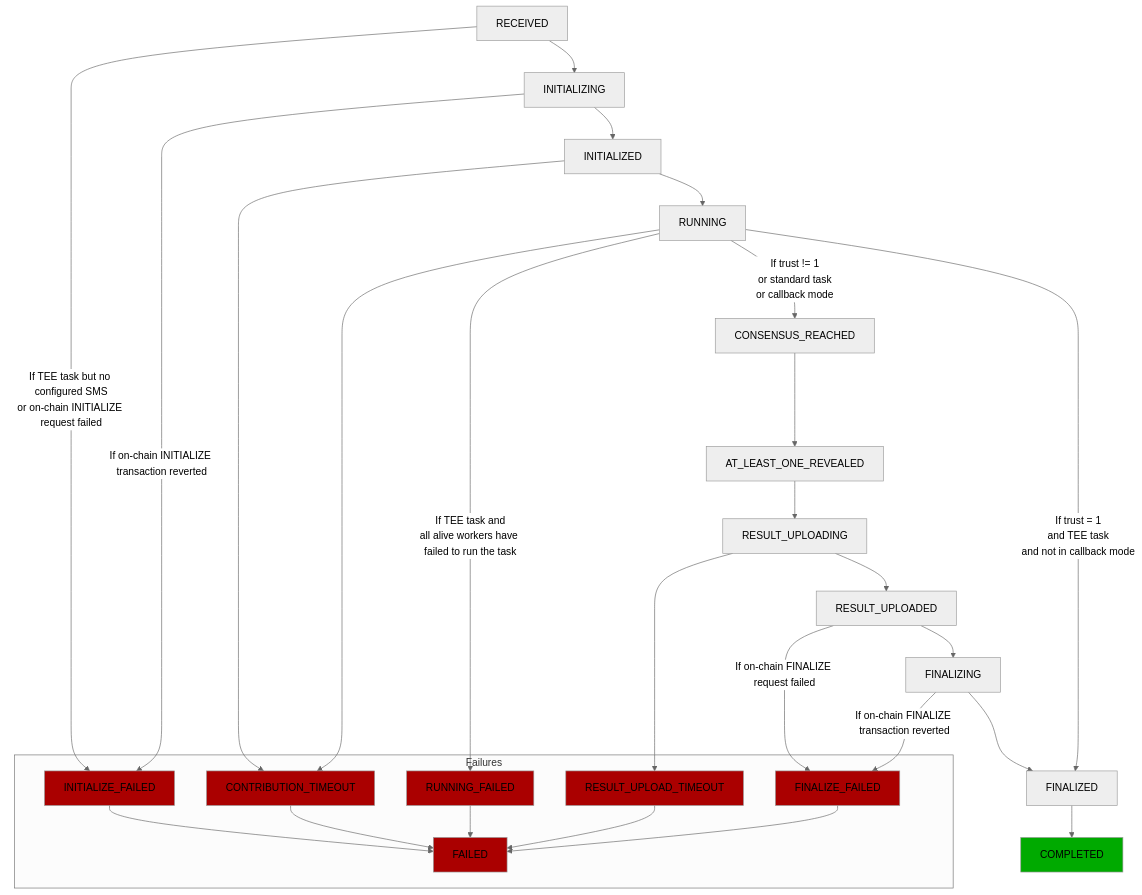
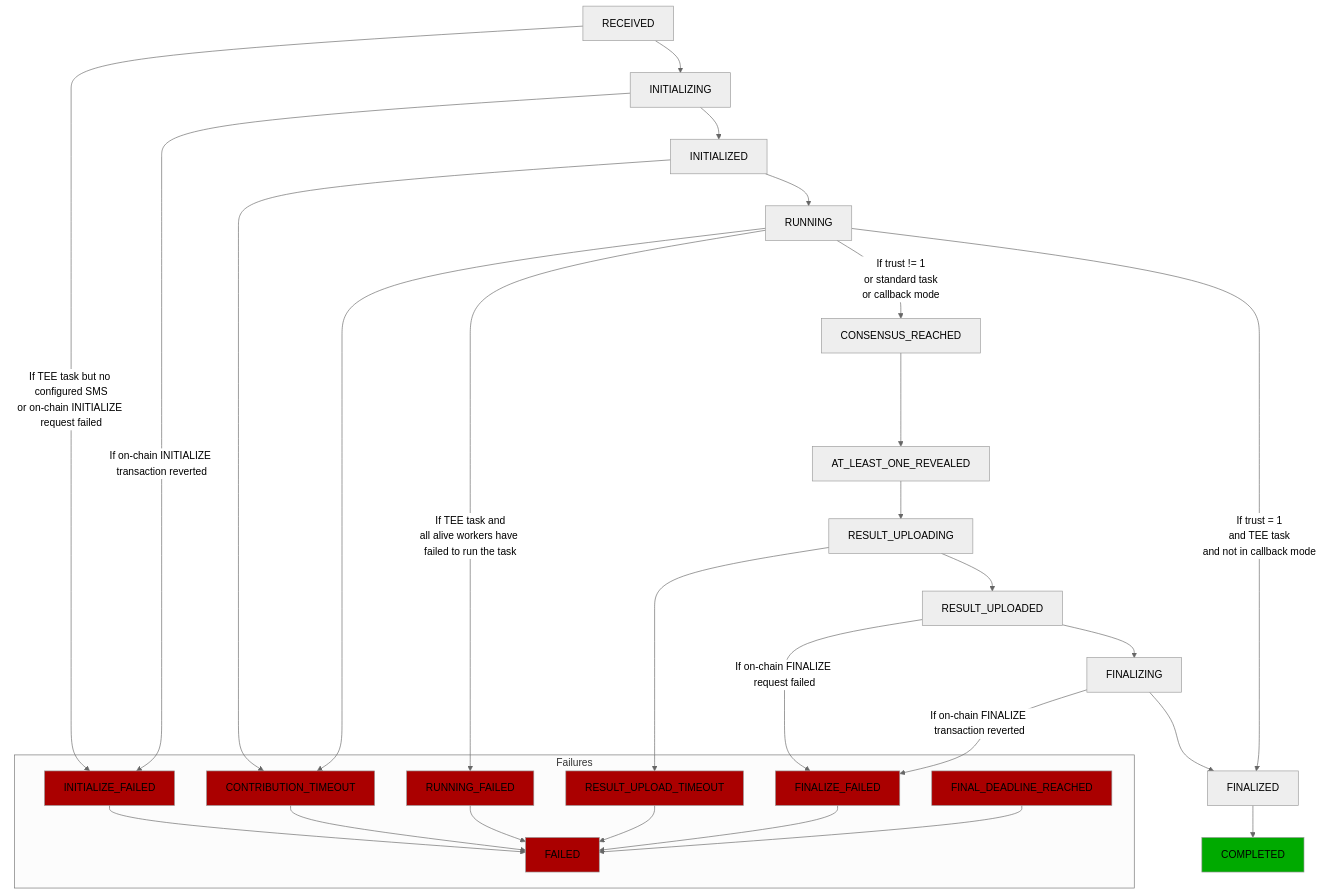
The first of 2 diagrams in for-developers/advanced/task-feedback.md (iExecBlockchainComputing/documentation), drawn with Mermaid (neutral theme) before and after one commit. The commit also changed other lines of this file, not shown here.

Commit message:
Emphasis on `FINAL_DEADLINE_REACHED` status

````diff
--- a/for-developers/advanced/task-feedback.md
+++ b/for-developers/advanced/task-feedback.md
@@ -35,48 +29,50 @@
 ```mermaid
 flowchart
 
 %% Failures
 
 RECEIVED -- If TEE task but no configured SMS\nor on-chain INITIALIZE request failed --> INITIALIZE_FAILED
 INITIALIZING -- If on-chain INITIALIZE transaction reverted --> INITIALIZE_FAILED
 INITIALIZED --> CONTRIBUTION_TIMEOUT
 RUNNING --> CONTRIBUTION_TIMEOUT
 RUNNING -- If TEE task and\nall alive workers have failed to run the task --> RUNNING_FAILED
 RESULT_UPLOADING --> RESULT_UPLOAD_TIMEOUT
 RESULT_UPLOADED -- If on-chain FINALIZE request failed --> FINALIZE_FAILED
 FINALIZING -- If on-chain FINALIZE transaction reverted  --> FINALIZE_FAILED
 
 INITIALIZE_FAILED --> FAILED
 RUNNING_FAILED --> FAILED
 CONTRIBUTION_TIMEOUT --> FAILED
 RESULT_UPLOAD_TIMEOUT --> FAILED
+FINAL_DEADLINE_REACHED --> FAILED
 FINALIZE_FAILED --> FAILED
 
 subgraph Failures
+    FINAL_DEADLINE_REACHED:::failure
     INITIALIZE_FAILED:::failure
     RUNNING_FAILED:::failure
     CONTRIBUTION_TIMEOUT:::failure
     RESULT_UPLOAD_TIMEOUT:::failure
     FINALIZE_FAILED:::failure
 
     FAILED:::failure
 end
 
 %% Usual flow
 
 RECEIVED --> INITIALIZING
 INITIALIZING --> INITIALIZED
 INITIALIZED --> RUNNING
 RUNNING -- If trust != 1\nor standard task\nor callback mode --> CONSENSUS_REACHED
 CONSENSUS_REACHED --> AT_LEAST_ONE_REVEALED
 AT_LEAST_ONE_REVEALED --> RESULT_UPLOADING
 RESULT_UPLOADING --> RESULT_UPLOADED
 RESULT_UPLOADED --> FINALIZING
 FINALIZING --> FINALIZED
 RUNNING -- If trust = 1\nand TEE task\nand not in callback mode --> FINALIZED
 FINALIZED --> COMPLETED:::completed
 
 %% Style definitions
 classDef failure fill:#a00
 classDef completed fill:#0a0
 ```
````
